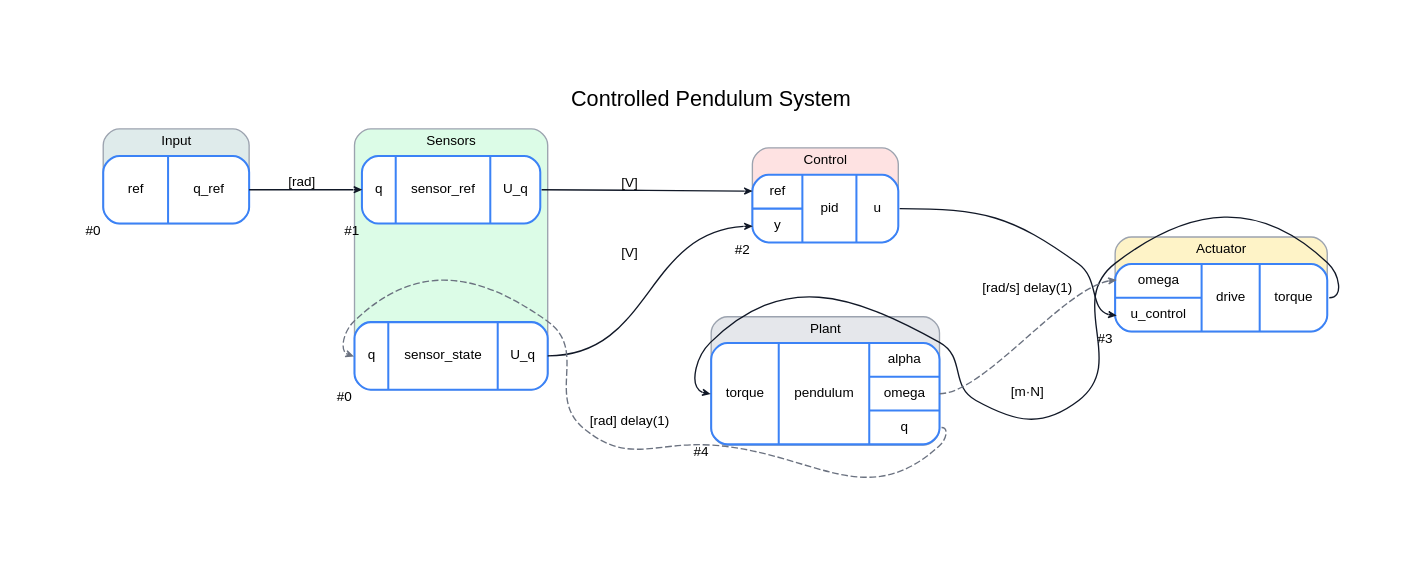
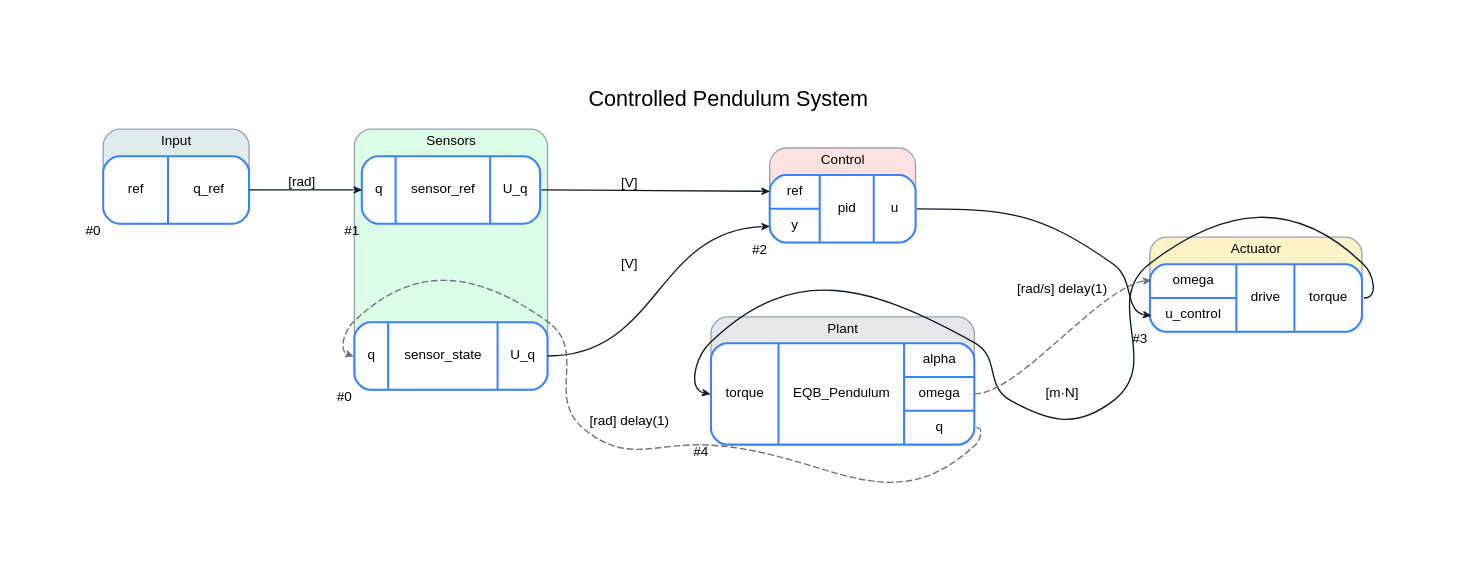
One commit to FlorianFrech/SystemSimulation changed the diagram in demos/ControlledPendulum/Digraph.gv. Above: the diagram before and after it, drawn with Graphviz. The commit also changed 42 other files, not shown here.

```diff
--- a/demos/ControlledPendulum/Digraph.gv
+++ b/demos/ControlledPendulum/Digraph.gv
@@ -1,34 +1,34 @@
 // System: Controlled Pendulum System
 digraph {
 	graph [bgcolor=white compound=true esep=0 fontname=Helvetica fontsize=16 label="Controlled Pendulum System" labelloc=t margin=0.2 nodesep=1 pad=0.75 rankdir=LR ranksep=0.75 sep=0 smoothType=graph_dist splines=true]
 	node [color="#3b82f6" fillcolor=white fontname=Helvetica fontsize=10 height=0.7 margin="0.12,0.1" penwidth=1.5 shape=record style="rounded,filled" width=1.5]
 	edge [arrowhead=open arrowsize=0.5 arrowtail=none color="#111827" dir=forward fontname=Helvetica fontsize=10 labelangle=45 labelfontcolor="#374151" minlen=1.4 penwidth=1 style=solid]
 	subgraph cluster_Input {
 		bgcolor="#dfebeb" color="#9ca3af" fontname=Helvetica fontsize=10 label=Input style=rounded
 		ref [label="{ ref | { <q_ref> q_ref } }" xlabel="#0"]
 	}
 	subgraph cluster_Sensors {
 		bgcolor="#dcfce7" color="#9ca3af" fontname=Helvetica fontsize=10 label=Sensors style=rounded
 		sensor_ref [label="{ { <q> q } | sensor_ref | { <U_q> U_q } }" xlabel="#1"]
 		sensor_state [label="{ { <q> q } | sensor_state | { <U_q> U_q } }" xlabel="#0"]
 	}
 	subgraph cluster_Control {
 		bgcolor="#fee2e2" color="#9ca3af" fontname=Helvetica fontsize=10 label=Control style=rounded
 		pid [label="{ { <ref> ref | <y> y } | pid | { <u> u } }" xlabel="#2"]
 	}
 	subgraph cluster_Actuator {
 		bgcolor="#fef3c7" color="#9ca3af" fontname=Helvetica fontsize=10 label=Actuator style=rounded
 		drive [label="{ { <omega> omega | <u_control> u_control } | drive | { <torque> torque } }" xlabel="#3"]
 	}
 	subgraph cluster_Plant {
 		bgcolor="#e5e7eb" color="#9ca3af" fontname=Helvetica fontsize=10 label=Plant style=rounded
-		pendulum [label="{ { <torque> torque } | pendulum | { <alpha> alpha | <omega> omega | <q> q } }" xlabel="#4"]
+		EQB_Pendulum [label="{ { <torque> torque } | EQB_Pendulum | { <alpha> alpha | <omega> omega | <q> q } }" xlabel="#4"]
 	}
 	ref -> sensor_ref [label="[rad]" color="#111827" headclip=true headport="q:w" style=solid tailclip=true tailport="q_ref:e"]
-	pendulum -> sensor_state [label="[rad] delay(1)" color="#6b7280" headclip=true headport="q:w" style=dashed tailclip=true tailport="q:e"]
+	EQB_Pendulum -> sensor_state [label="[rad] delay(1)" color="#6b7280" headclip=true headport="q:w" style=dashed tailclip=true tailport="q:e"]
 	sensor_ref -> pid [label="[V]" color="#111827" headclip=true headport="ref:w" style=solid tailclip=true tailport="U_q:e"]
 	sensor_state -> pid [label="[V]" color="#111827" headclip=true headport="y:w" style=solid tailclip=true tailport="U_q:e"]
 	pid -> drive [label="" color="#111827" headclip=true headport="u_control:w" style=solid tailclip=true tailport="u:e"]
-	drive -> pendulum [label="[m·N]" color="#111827" headclip=true headport="torque:w" style=solid tailclip=true tailport="torque:e"]
-	pendulum -> drive [label="[rad/s] delay(1)" color="#6b7280" headclip=true headport="omega:w" style=dashed tailclip=true tailport="omega:e"]
+	drive -> EQB_Pendulum [label="[m·N]" color="#111827" headclip=true headport="torque:w" style=solid tailclip=true tailport="torque:e"]
+	EQB_Pendulum -> drive [label="[rad/s] delay(1)" color="#6b7280" headclip=true headport="omega:w" style=dashed tailclip=true tailport="omega:e"]
 }
```
